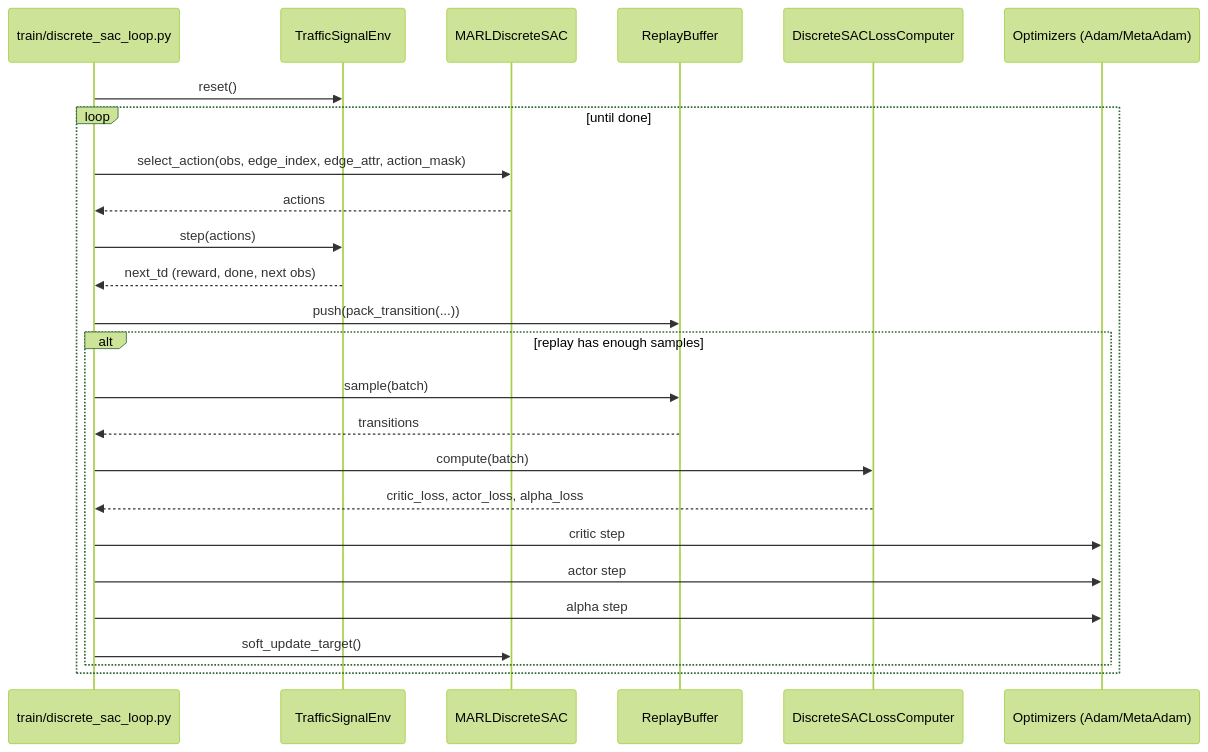
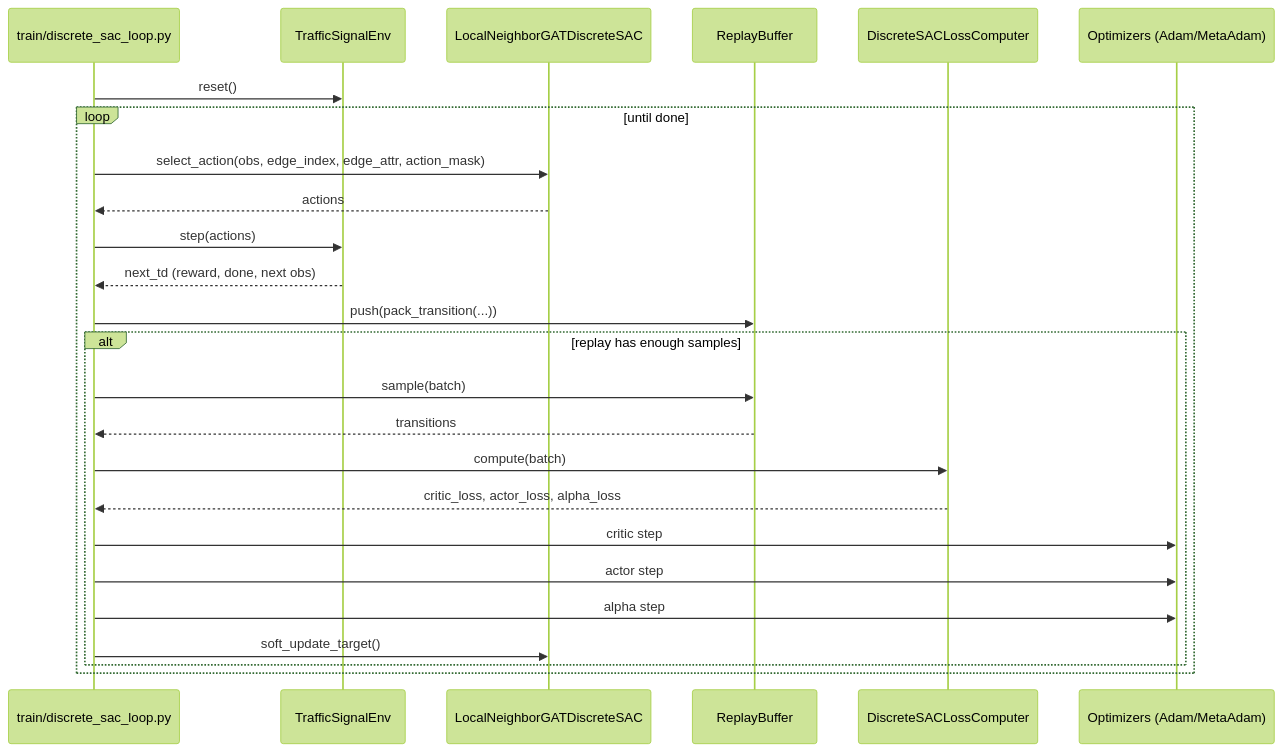
The third of 14 diagrams in docs/marl_env_diagrams.md (fuisl/marl), drawn with Mermaid (forest theme) before and after one commit. The commit also changed other lines of this file and 38 other files, not shown here.

````diff
--- a/docs/marl_env_diagrams.md
+++ b/docs/marl_env_diagrams.md
@@ -106,28 +106,28 @@
 ```mermaid
 sequenceDiagram
   participant T as train/discrete_sac_loop.py
   participant E as TrafficSignalEnv
-  participant A as MARLDiscreteSAC
+  participant A as LocalNeighborGATDiscreteSAC
   participant R as ReplayBuffer
   participant L as DiscreteSACLossComputer
   participant O as Optimizers (Adam/MetaAdam)
 
   T->>E: reset()
   loop until done
     T->>A: select_action(obs, edge_index, edge_attr, action_mask)
     A-->>T: actions
     T->>E: step(actions)
     E-->>T: next_td (reward, done, next obs)
     T->>R: push(pack_transition(...))
     alt replay has enough samples
       T->>R: sample(batch)
       R-->>T: transitions
       T->>L: compute(batch)
       L-->>T: critic_loss, actor_loss, alpha_loss
       T->>O: critic step
       T->>O: actor step
       T->>O: alpha step
       T->>A: soft_update_target()
     end
   end
 ```
````
